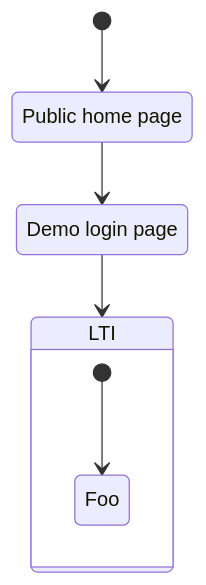
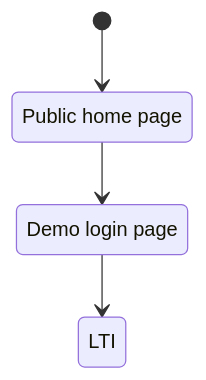
The fourth of 6 diagrams in client/src/helpers/page-controller.README.md (edehr/edehr), drawn with Mermaid before and after one commit. The commit also changed other lines of this file and 183 other files, not shown here.

````diff
--- a/client/src/helpers/page-controller.README.md
+++ b/client/src/helpers/page-controller.README.md
@@ -85,12 +114,9 @@
 ```mermaid
 stateDiagram-v2
    P : Public home page
    DM : Demo login page   
    LTI : LTI
-    [*] --> P
-    P --> DM
-    DM --> LTI
-    state LTI {
-      [*] --> Foo
-    }
+   [*] --> P
+   P --> DM
+   DM --> LTI   
 ```
````
